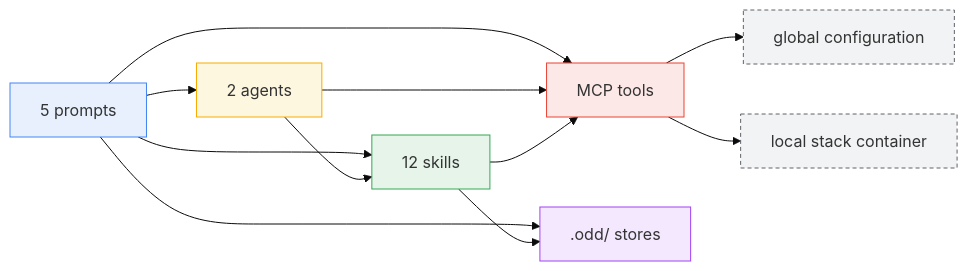
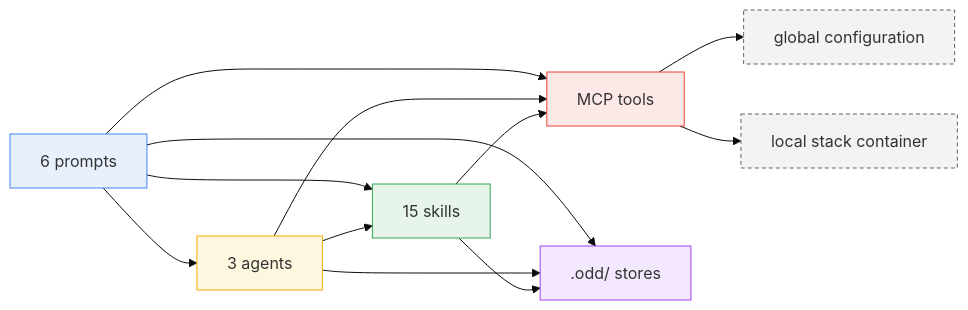
Before and after one commit to using-system/oddyssey: the seventh of 7 diagrams in docs/guide/dependencies.md, drawn with Mermaid (base theme). The commit also changed other lines of this file and 19 other files, not shown here.

````diff
--- a/docs/guide/dependencies.md
+++ b/docs/guide/dependencies.md
@@ -451,26 +531,27 @@
 ```mermaid
 flowchart LR
-  P[5 prompts] --> A[2 agents]
-  P --> S[12 skills]
+  P[6 prompts] --> A[3 agents]
+  P --> S[15 skills]
   A --> S
   P --> M[MCP tools]
   A --> M
   S --> M
   P --> D[".odd/ stores"]
+  A --> D
   S --> D
   M --> C["global configuration"]
   M --> K["local stack container"]
 
   classDef prompt fill:#e8f0fe,stroke:#4285f4
   classDef agent fill:#fef7e0,stroke:#f9ab00
   classDef skill fill:#e6f4ea,stroke:#34a853
   classDef mcp fill:#fce8e6,stroke:#ea4335
   classDef store fill:#f3e8fd,stroke:#a142f4
   classDef state fill:#f1f3f4,stroke:#5f6368,stroke-dasharray: 4 3
   class P prompt
   class A agent
   class S skill
   class M mcp
   class D store
   class C,K state
 ```
````
